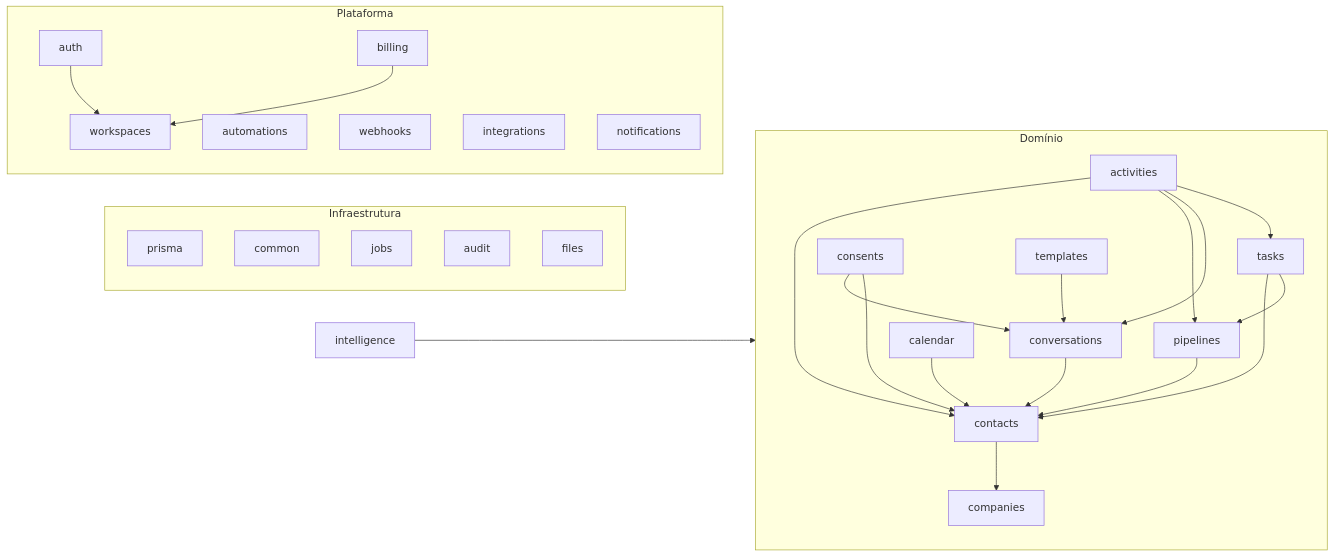
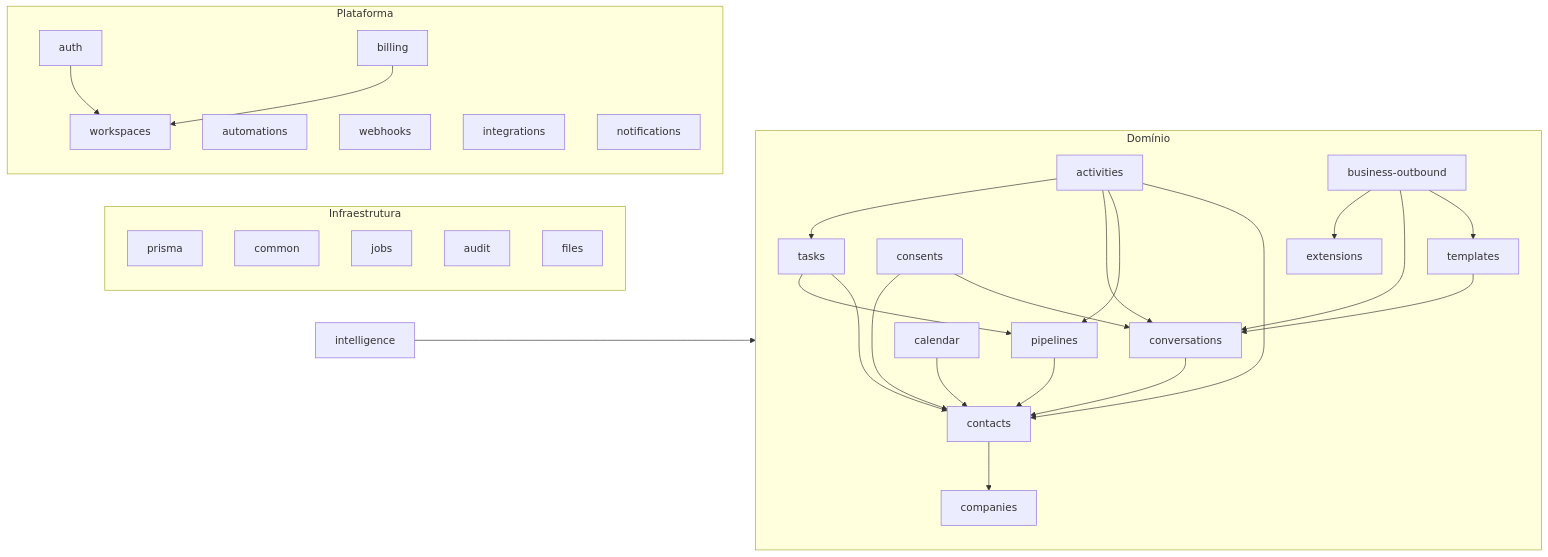
Before and after one commit to AurelioromeuConsultoria/veyra: the second of 2 diagrams in docs/ARCHITECTURE.md, drawn with Mermaid. The commit also changed other lines of this file and 59 other files, not shown here.

````diff
--- a/docs/ARCHITECTURE.md
+++ b/docs/ARCHITECTURE.md
@@ -74,22 +74,23 @@
 ```mermaid
 graph LR
     subgraph Infraestrutura
         prisma; common; jobs; audit; files
     end
     subgraph Plataforma
         auth --> workspaces
         billing --> workspaces
         automations; webhooks; integrations; notifications
     end
     subgraph Domínio
         contacts --> companies
         pipelines --> contacts
         activities --> contacts & pipelines & conversations & tasks
         conversations --> contacts
         consents --> conversations & contacts
         templates --> conversations
+        business-outbound --> templates & conversations & extensions
         tasks --> contacts & pipelines
         calendar --> contacts
     end
     intelligence --> Domínio
 ```
````
